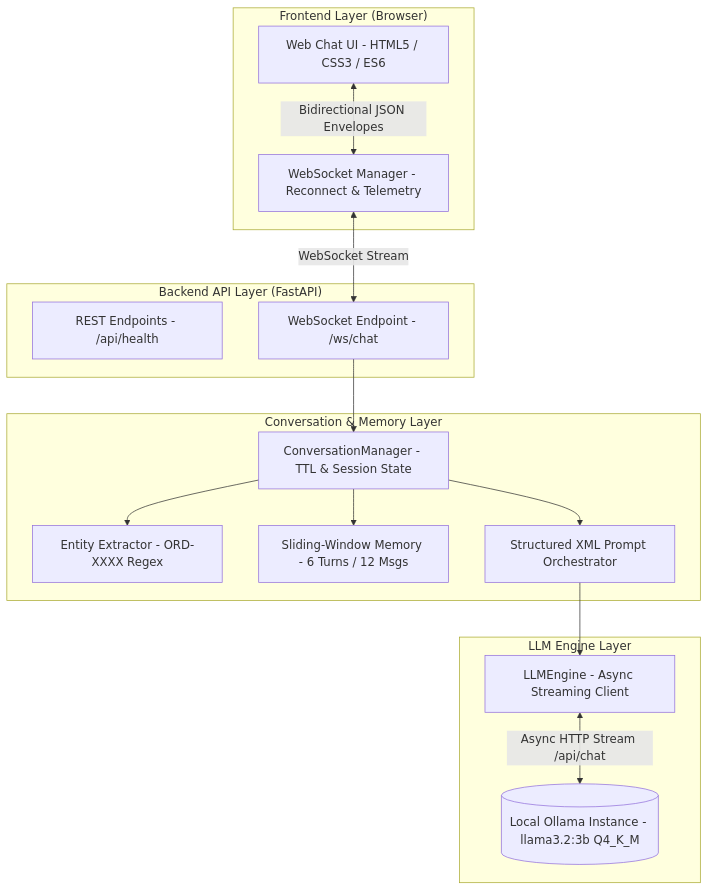
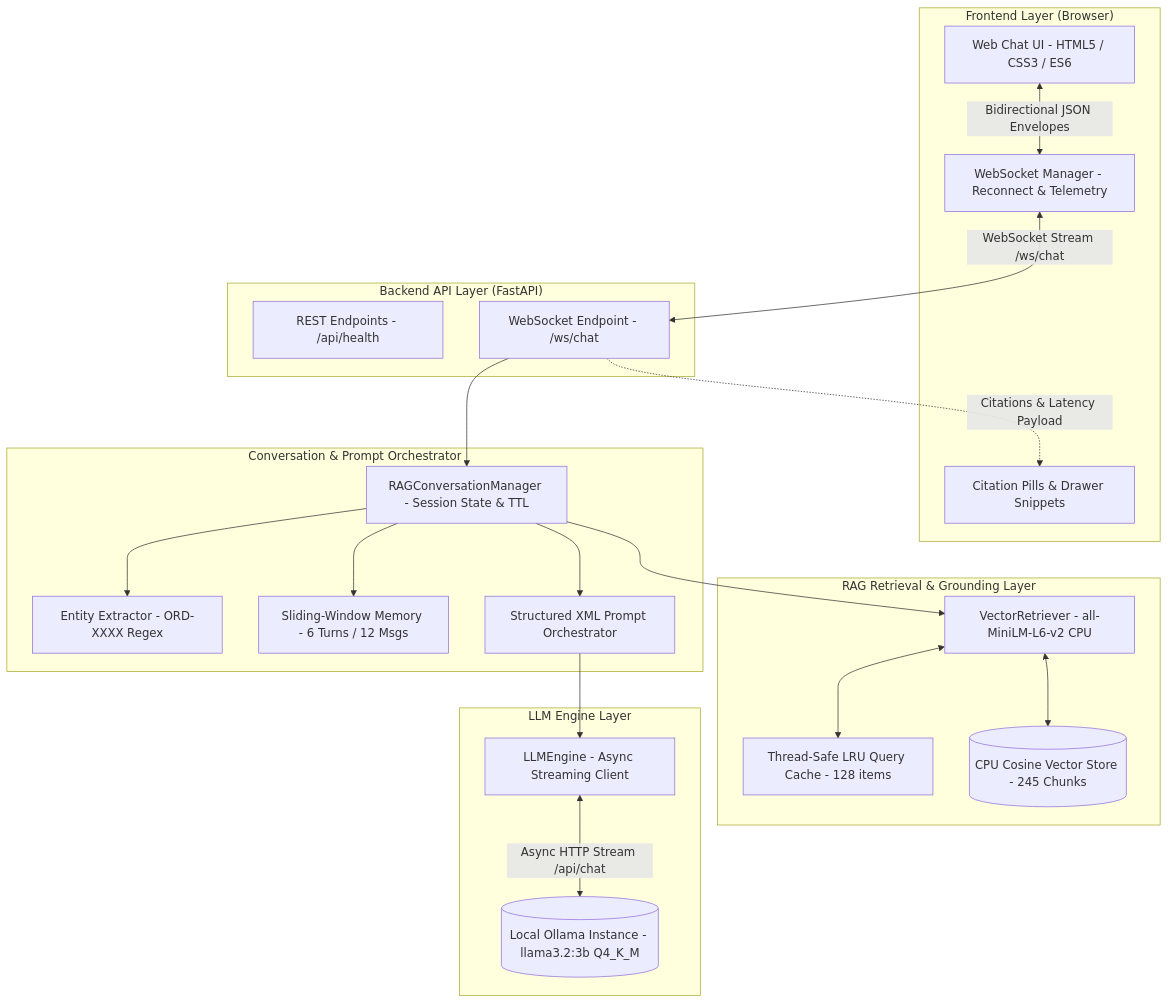
Before and after one commit to zain003/ShopAssistAI---An-intelligent-Assistant: the diagram in README.md, drawn with Mermaid. The commit also changed other lines of this file and 108 other files, not shown here.

````diff
--- a/README.md
+++ b/README.md
@@ -138,33 +52,44 @@
 ```mermaid
 graph TD
     subgraph Frontend ["Frontend Layer (Browser)"]
         UI[Web Chat UI - HTML5 / CSS3 / ES6]
+        CitationsUI[Citation Pills & Drawer Snippets]
         WSClient[WebSocket Manager - Reconnect & Telemetry]
     end
 
     subgraph API ["Backend API Layer (FastAPI)"]
         Router[REST Endpoints - /api/health]
         WSEndpoint[WebSocket Endpoint - /ws/chat]
     end
 
-    subgraph ConversationManager ["Conversation & Memory Layer"]
-        CM[ConversationManager - TTL & Session State]
+    subgraph RAG ["RAG Retrieval & Grounding Layer"]
+        Cache[Thread-Safe LRU Query Cache - 128 items]
+        Retriever[VectorRetriever - all-MiniLM-L6-v2 CPU]
+        VStore[(CPU Cosine Vector Store - 245 Chunks)]
+    end
+
+    subgraph ConversationManager ["Conversation & Prompt Orchestrator"]
+        CM[RAGConversationManager - Session State & TTL]
         Extractor[Entity Extractor - ORD-XXXX Regex]
         Memory[Sliding-Window Memory - 6 Turns / 12 Msgs]
         Orchestrator[Structured XML Prompt Orchestrator]
     end
 
     subgraph LLMEngine ["LLM Engine Layer"]
         Engine[LLMEngine - Async Streaming Client]
         Ollama[(Local Ollama Instance - llama3.2:3b Q4_K_M)]
     end
 
     UI <-->|Bidirectional JSON Envelopes| WSClient
-    WSClient <-->|WebSocket Stream| WSEndpoint
+    WSClient <-->|WebSocket Stream /ws/chat| WSEndpoint
     WSEndpoint --> CM
     CM --> Extractor
+    CM --> Retriever
+    Retriever <--> Cache
+    Retriever <--> VStore
     CM --> Memory
     CM --> Orchestrator
     Orchestrator --> Engine
     Engine <-->|Async HTTP Stream /api/chat| Ollama
+    WSEndpoint -.->|Citations & Latency Payload| CitationsUI
 ```
````
